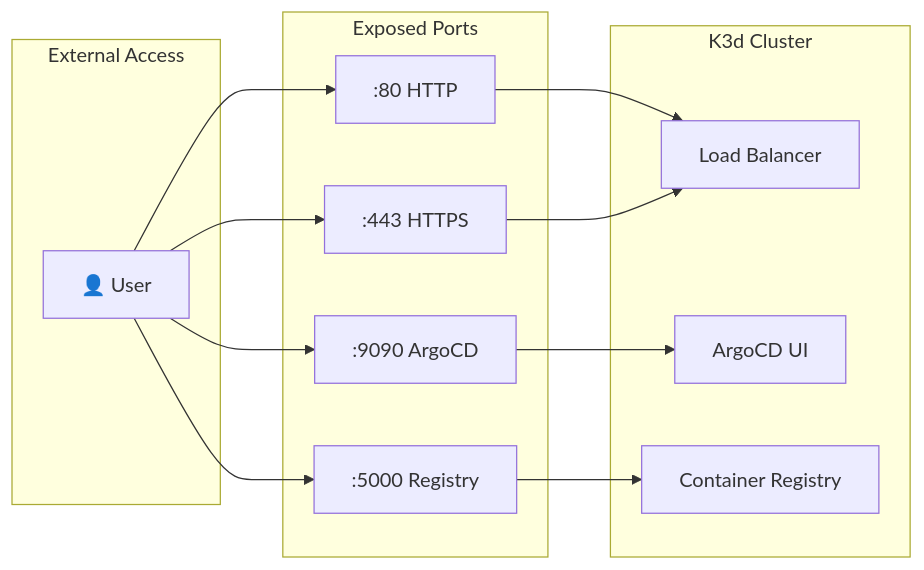
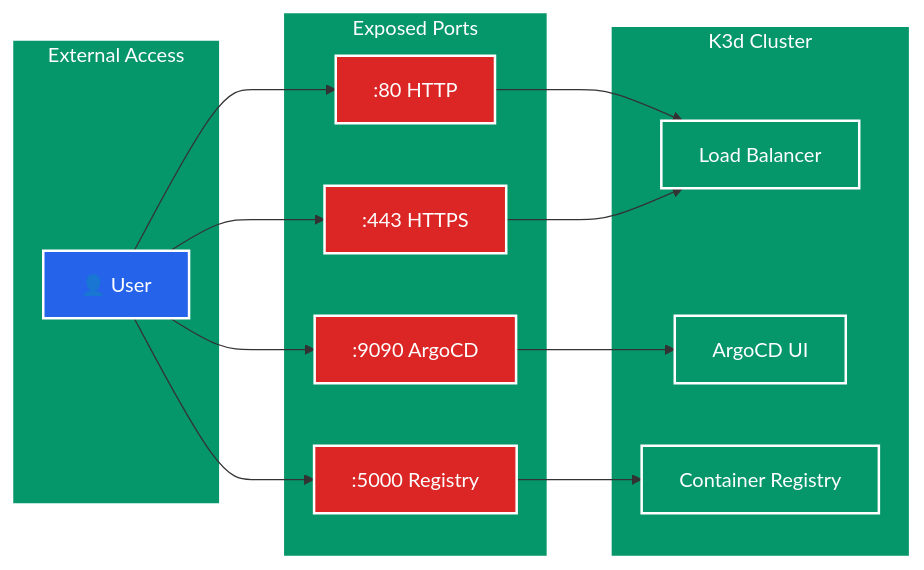
Before and after one commit to Z3ROX-lab/ai-security-platform: the second of 4 diagrams in docs/phases/phase-01/ARCHITECTURE.md, drawn with Mermaid. The commit also changed other lines of this file, not shown here.

Commit message:
docs: Add Phase 1 architecture diagrams (Mermaid)

````diff
--- a/docs/phases/phase-01/ARCHITECTURE.md
+++ b/docs/phases/phase-01/ARCHITECTURE.md
@@ -73,24 +75,33 @@
 ```mermaid
 flowchart LR
     subgraph EXTERNAL["External Access"]
-        USER[👤 User]
+        USER["👤 User"]
     end
     
     subgraph PORTS["Exposed Ports"]
         P80[":80 HTTP"]
         P443[":443 HTTPS"]
         P9090[":9090 ArgoCD"]
         P5000[":5000 Registry"]
     end
     
     subgraph K3D["K3d Cluster"]
-        LB[Load Balancer]
-        ARGO[ArgoCD UI]
-        REG[Container Registry]
+        LB["Load Balancer"]
+        ARGO["ArgoCD UI"]
+        REG["Container Registry"]
     end
     
     USER --> P80 --> LB
     USER --> P443 --> LB
     USER --> P9090 --> ARGO
     USER --> P5000 --> REG
+    
+    %% Styling
+    classDef user fill:#2563eb,stroke:#fff,stroke-width:2px,color:#fff
+    classDef ports fill:#dc2626,stroke:#fff,stroke-width:2px,color:#fff
+    classDef cluster fill:#059669,stroke:#fff,stroke-width:2px,color:#fff
+    
+    class USER user
+    class P80,P443,P9090,P5000 ports
+    class LB,ARGO,REG cluster
 ```
````
